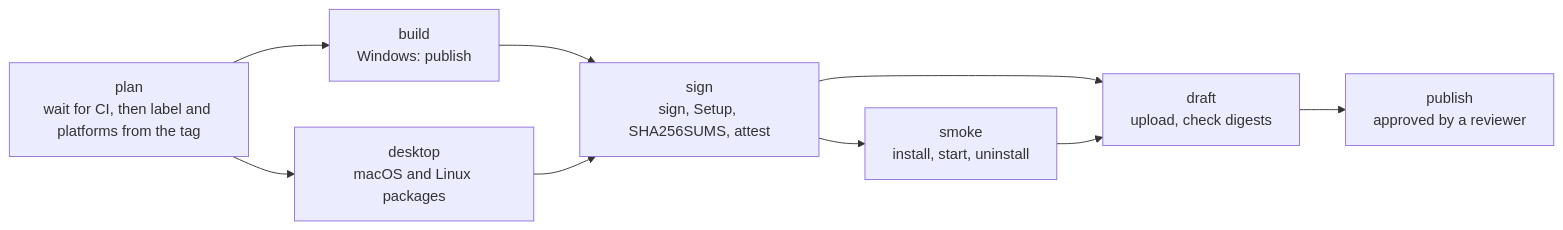
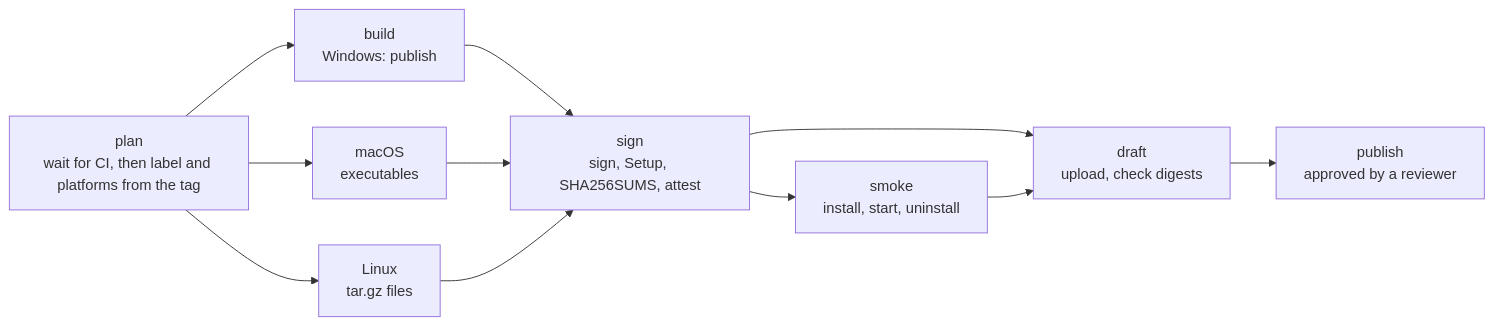
The diagram in .docs/releasing.md (Albadit/DnnManager.NET), drawn with Mermaid before and after one commit. The commit also changed other lines of this file and 105 other files, not shown here.

````diff
--- a/.docs/releasing.md
+++ b/.docs/releasing.md
@@ -206,11 +206,13 @@
 ```mermaid
 flowchart LR
     plan["plan<br/>wait for CI, then label and platforms from the tag"] --> build["build<br/>Windows: publish"]
-    plan --> desktop["desktop<br/>macOS and Linux packages"]
+    plan --> macos["macOS<br/>executables"]
+    plan --> linux["Linux<br/>tar.gz files"]
     build --> sign["sign<br/>sign, Setup, SHA256SUMS, attest"]
-    desktop --> sign
+    macos --> sign
+    linux --> sign
     sign --> smoke["smoke<br/>install, start, uninstall"]
     sign --> draft["draft<br/>upload, check digests"]
     smoke --> draft
     draft --> publish["publish<br/>approved by a reviewer"]
 ```
````
